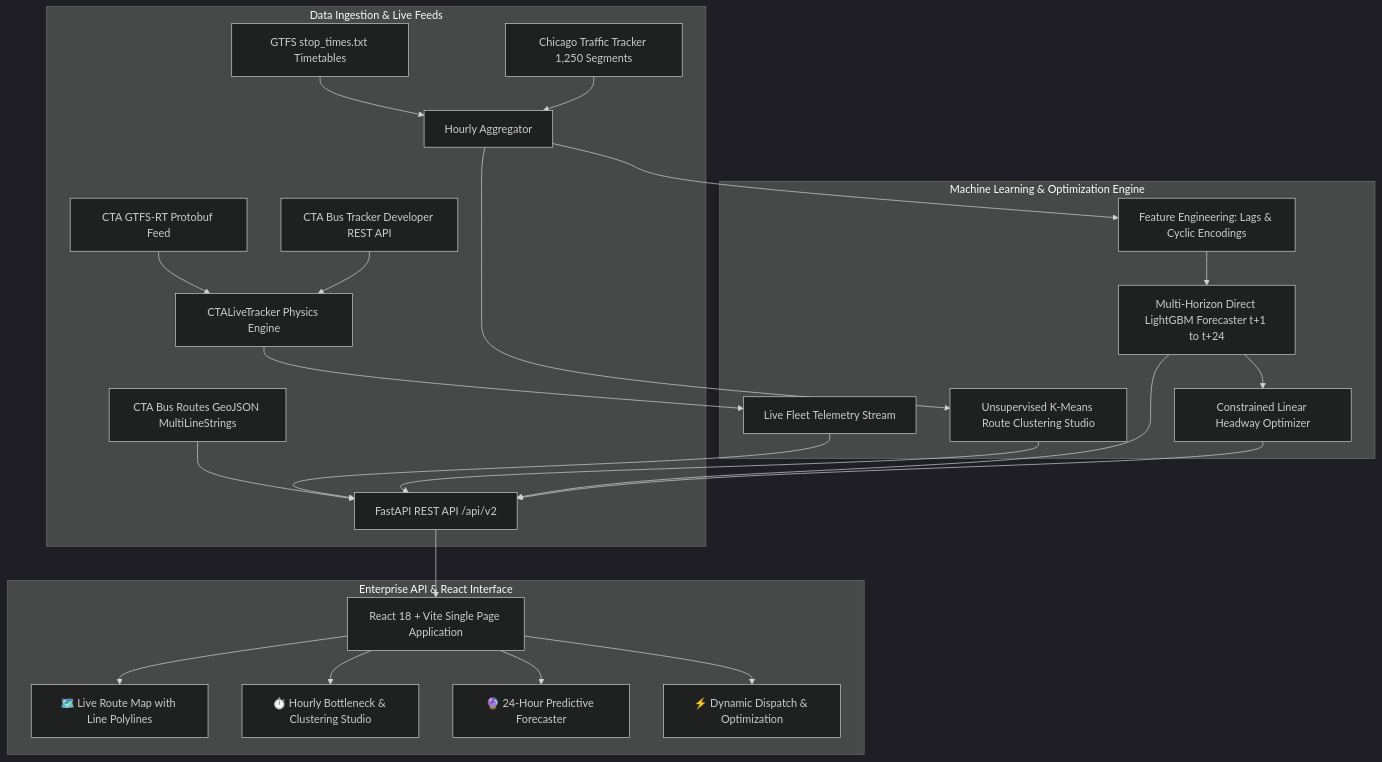
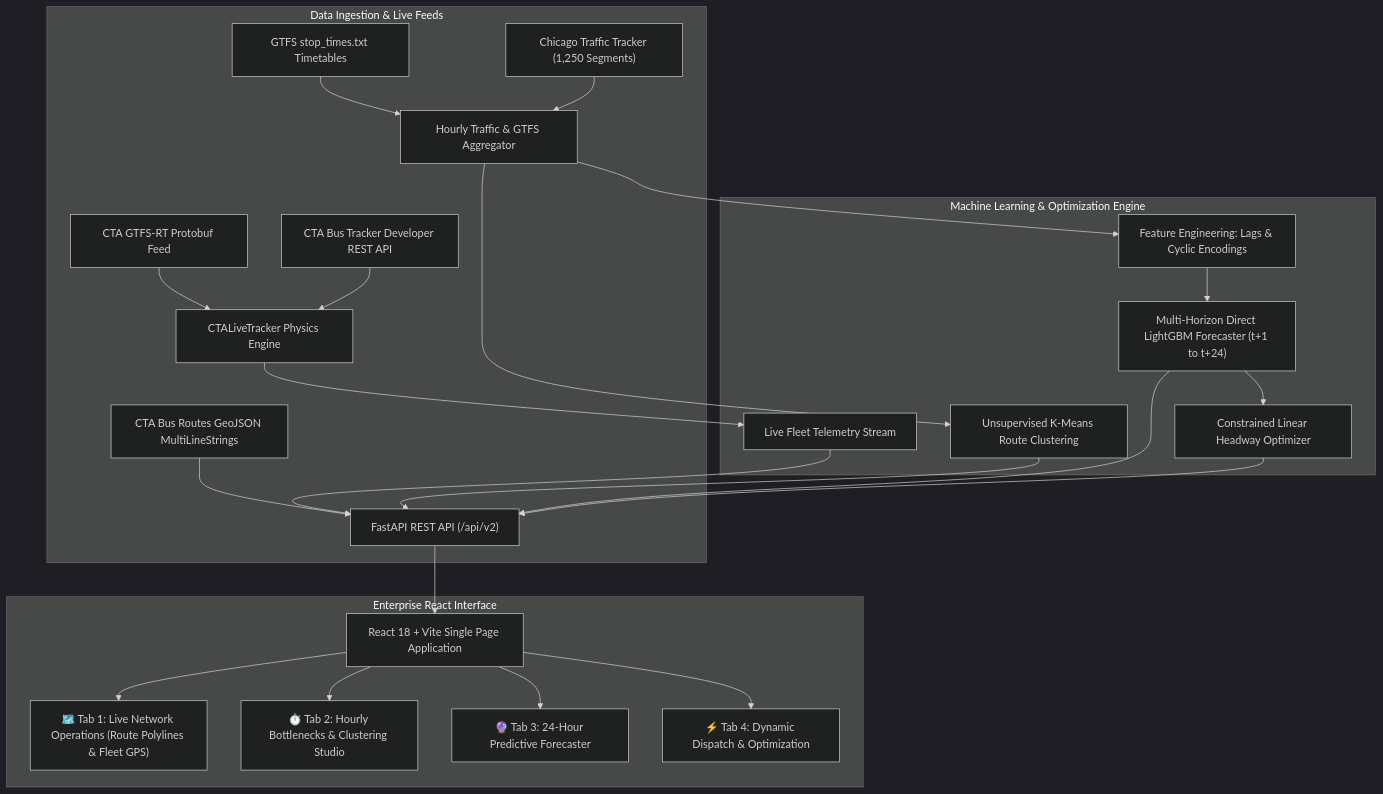
Before and after one commit to bidhu-patra-dev/Powered-Public-Transit-Route-Optimization: the diagram in README.md, drawn with Mermaid (dark theme). The commit also changed other lines of this file and 4 other files, not shown here.

Commit message:
Update comprehensive README with architecture, route table, API docs and commit production React build

````diff
--- a/README.md
+++ b/README.md
@@ -7,30 +19,30 @@
 ```mermaid
 flowchart TD
     subgraph Data Ingestion & Live Feeds
-        A1[CTA GTFS-RT Protobuf Feed] --> B1[CTALiveTracker Physics Engine]
-        A2[CTA Bus Tracker Developer REST API] --> B1
-        A3[GTFS stop_times.txt Timetables] --> B2[Hourly Aggregator]
-        A4[Chicago Traffic Tracker 1,250 Segments] --> B2
-        A5[CTA Bus Routes GeoJSON MultiLineStrings] --> E1[FastAPI REST API /api/v2]
+        A1["CTA GTFS-RT Protobuf Feed"] --> B1["CTALiveTracker Physics Engine"]
+        A2["CTA Bus Tracker Developer REST API"] --> B1
+        A3["GTFS stop_times.txt Timetables"] --> B2["Hourly Traffic & GTFS Aggregator"]
+        A4["Chicago Traffic Tracker (1,250 Segments)"] --> B2
+        A5["CTA Bus Routes GeoJSON MultiLineStrings"] --> E1["FastAPI REST API (/api/v2)"]
     end
 
     subgraph Machine Learning & Optimization Engine
-        B1 --> C1[Live Fleet Telemetry Stream]
-        B2 --> C2[Unsupervised K-Means Route Clustering Studio]
-        B2 --> C3[Feature Engineering: Lags & Cyclic Encodings]
-        C3 --> D1[Multi-Horizon Direct LightGBM Forecaster t+1 to t+24]
-        D1 --> D2[Constrained Linear Headway Optimizer]
+        B1 --> C1["Live Fleet Telemetry Stream"]
+        B2 --> C2["Unsupervised K-Means Route Clustering"]
+        B2 --> C3["Feature Engineering: Lags & Cyclic Encodings"]
+        C3 --> D1["Multi-Horizon Direct LightGBM Forecaster (t+1 to t+24)"]
+        D1 --> D2["Constrained Linear Headway Optimizer"]
     end
 
-    subgraph Enterprise API & React Interface
+    subgraph Enterprise React Interface
         C1 --> E1
         C2 --> E1
         D1 --> E1
         D2 --> E1
-        E1 --> F1[React 18 + Vite Single Page Application]
-        F1 --> G1[🗺️ Live Route Map with Line Polylines]
-        F1 --> G2[⏱️ Hourly Bottleneck & Clustering Studio]
-        F1 --> G3[🔮 24-Hour Predictive Forecaster]
-        F1 --> G4[⚡ Dynamic Dispatch & Optimization]
+        E1 --> F1["React 18 + Vite Single Page Application"]
+        F1 --> G1["🗺️ Tab 1: Live Network Operations (Route Polylines & Fleet GPS)"]
+        F1 --> G2["⏱️ Tab 2: Hourly Bottlenecks & Clustering Studio"]
+        F1 --> G3["🔮 Tab 3: 24-Hour Predictive Forecaster"]
+        F1 --> G4["⚡ Tab 4: Dynamic Dispatch & Optimization"]
     end
 ```
````
